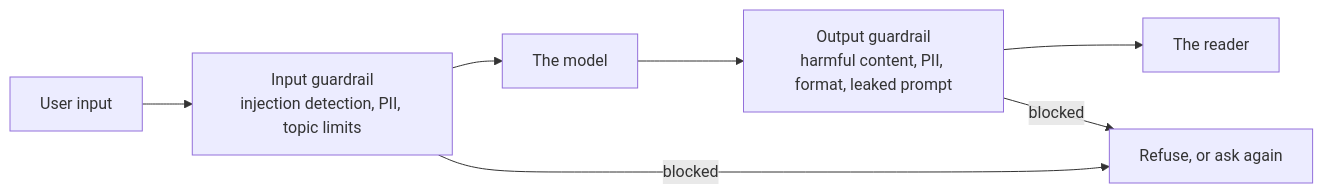
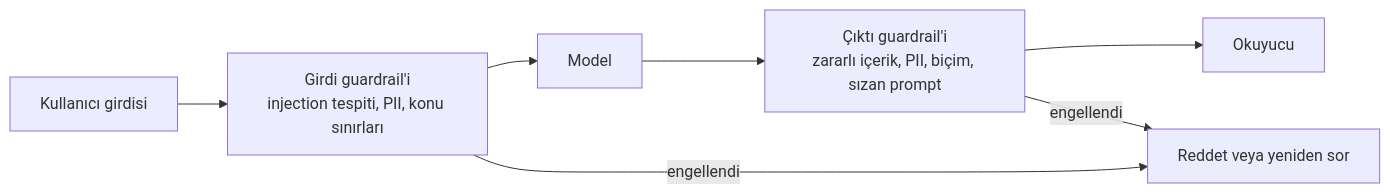
The first of 2 diagrams in mini-courses/2_intermediate/security_tr.md (lokumai/ai-engineering-bazaar), drawn with Mermaid before and after one commit. The commit also changed other lines of this file and 63 other files, not shown here.

````diff
--- a/mini-courses/2_intermediate/security_tr.md
+++ b/mini-courses/2_intermediate/security_tr.md
@@ -63,9 +63,9 @@
 ```mermaid
 graph LR
-    A["User input"] --> B["Input guardrail<br/>injection detection, PII, topic limits"]
-    B --> C["The model"]
-    C --> D["Output guardrail<br/>harmful content, PII, format, leaked prompt"]
-    D --> E["The reader"]
-    B -->|blocked| F["Refuse, or ask again"]
-    D -->|blocked| F
+    A["Kullanıcı girdisi"] --> B["Girdi guardrail'i<br/>injection tespiti, PII, konu sınırları"]
+    B --> C["Model"]
+    C --> D["Çıktı guardrail'i<br/>zararlı içerik, PII, biçim, sızan prompt"]
+    D --> E["Okuyucu"]
+    B -->|engellendi| F["Reddet veya yeniden sor"]
+    D -->|engellendi| F
 ```
````
